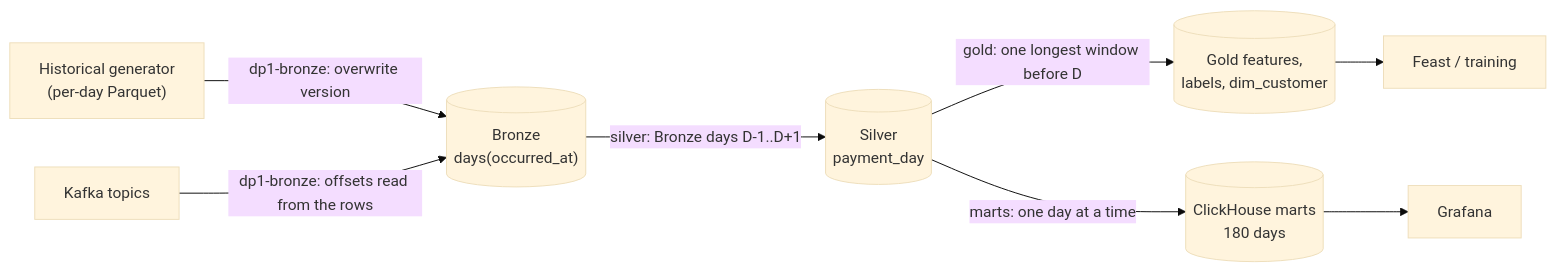
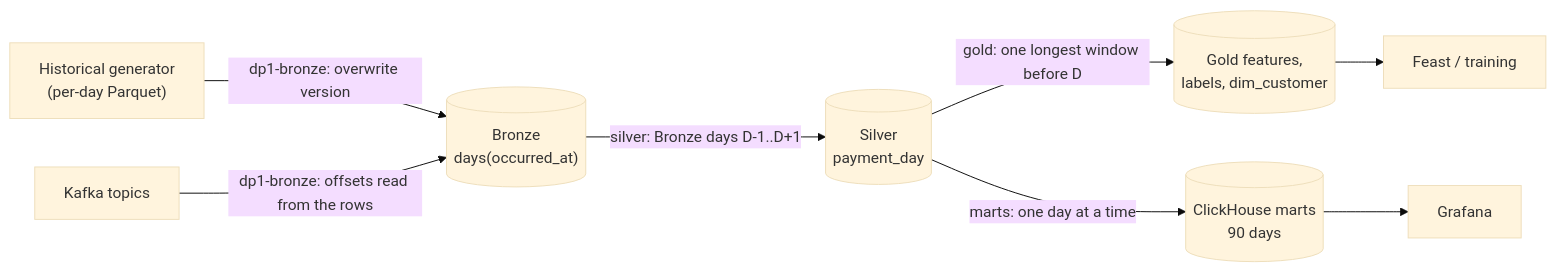
One commit to phuchoang2603/payment-gateway-fraud-detection changed the first of 3 diagrams in docs/data/offline.md. Above: the diagram before and after it, drawn with Mermaid (base theme). The commit also changed other lines of this file and 27 other files, not shown here.

````diff
--- a/docs/data/offline.md
+++ b/docs/data/offline.md
@@ -44,10 +44,10 @@
 ```mermaid
 flowchart LR
     gen["Historical generator<br/>(per-day Parquet)"] -->|"dp1-bronze: overwrite version"| bronze
     kafka["Kafka topics"] -->|"dp1-bronze: offsets read from the rows"| bronze
     bronze[("Bronze<br/>days(occurred_at)")] -->|"silver: Bronze days D-1..D+1"| silver
     silver[("Silver<br/>payment_day")] -->|"gold: one longest window before D"| gold[("Gold features,<br/>labels, dim_customer")]
-    silver -->|"marts: one day at a time"| marts[("ClickHouse marts<br/>180 days")]
+    silver -->|"marts: one day at a time"| marts[("ClickHouse marts<br/>90 days")]
     gold --> feast["Feast / training"]
     marts --> grafana["Grafana"]
 ```
````
